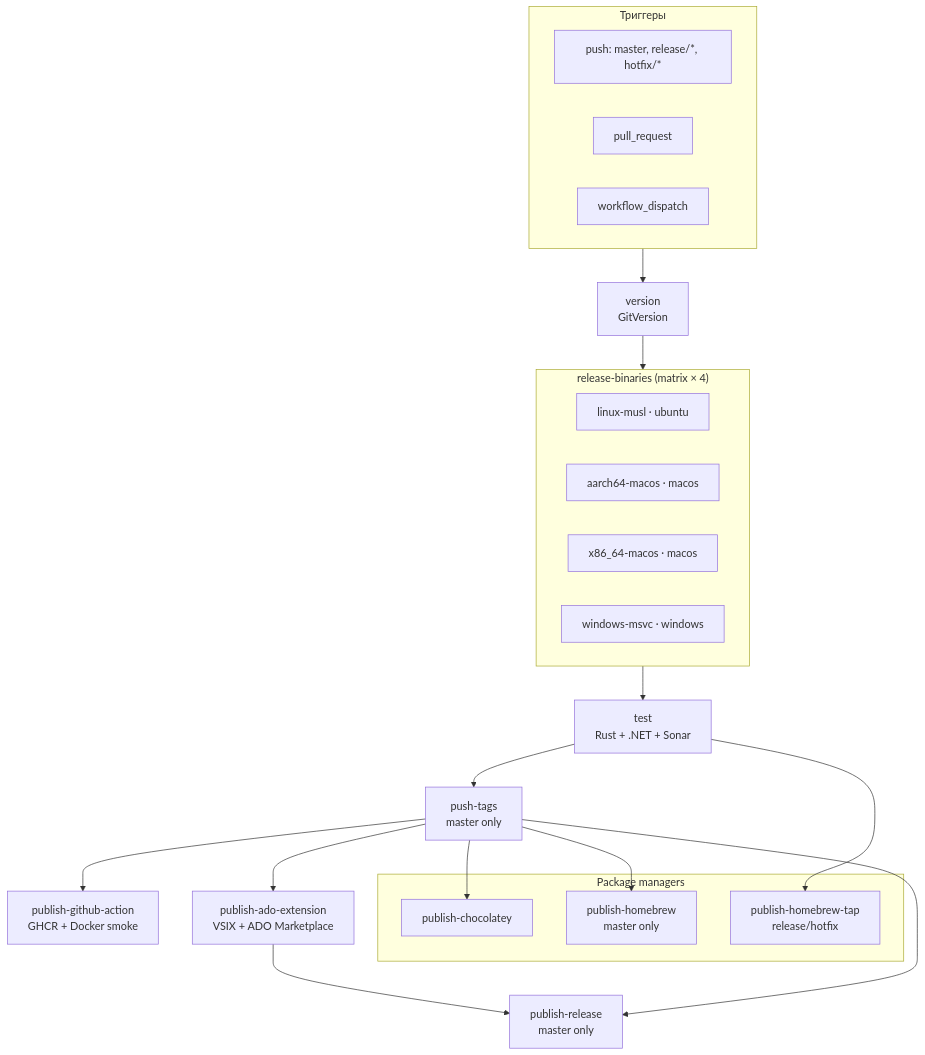
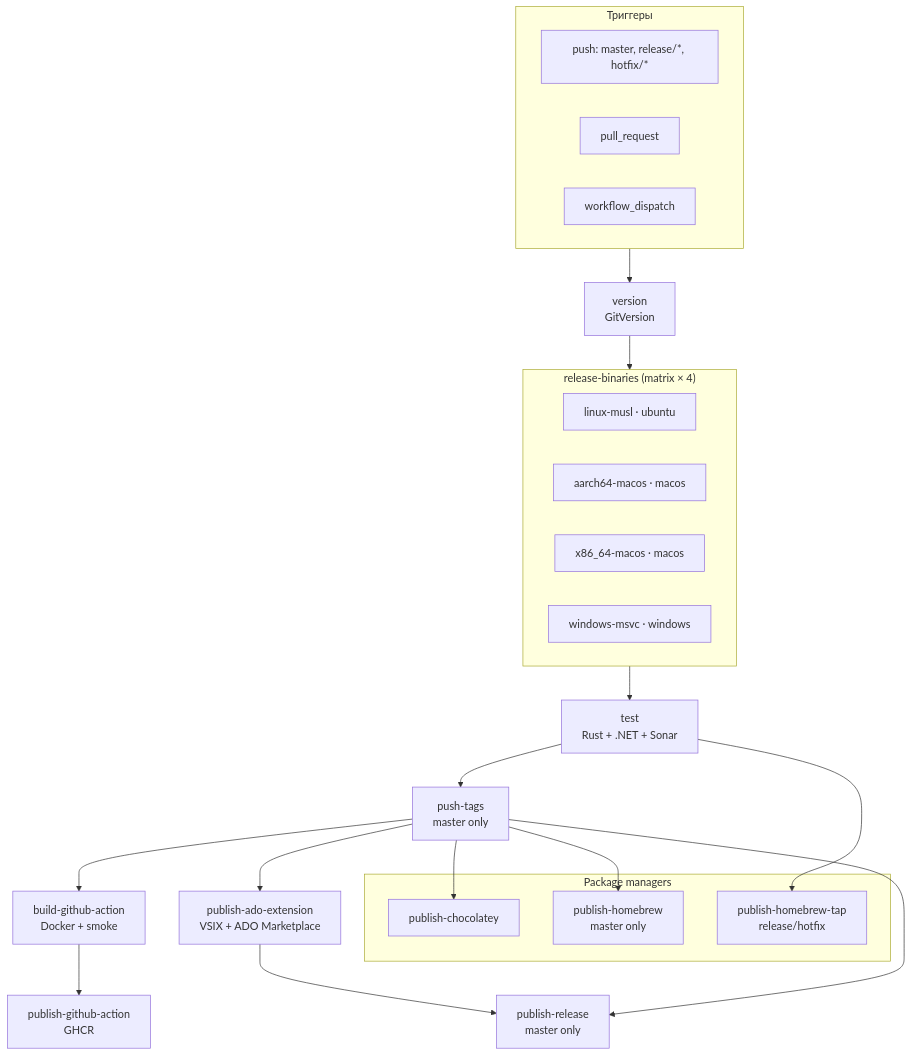
The diagram in docs/ci-cd.md (denis-peshkov/update-nuspec-action), drawn with Mermaid before and after one commit. The commit also changed other lines of this file and 15 other files, not shown here.

````diff
--- a/docs/ci-cd.md
+++ b/docs/ci-cd.md
@@ -11,43 +11,45 @@
 ```mermaid
 flowchart TD
   subgraph triggers["Триггеры"]
     T1["push: master, release/*, hotfix/*"]
     T2["pull_request"]
     T3["workflow_dispatch"]
   end
 
   V["version<br/>GitVersion"]
 
   subgraph matrix["release-binaries (matrix × 4)"]
     M1["linux-musl · ubuntu"]
     M2["aarch64-macos · macos"]
     M3["x86_64-macos · macos"]
     M4["windows-msvc · windows"]
   end
 
   TEST["test<br/>Rust + .NET + Sonar"]
   PT["push-tags<br/>master only"]
 
-  PGA["publish-github-action<br/>GHCR + Docker smoke"]
+  BGA["build-github-action<br/>Docker + smoke"]
+  PGA["publish-github-action<br/>GHCR"]
   PADO["publish-ado-extension<br/>VSIX + ADO Marketplace"]
 
   subgraph pkg["Package managers"]
     CHR["publish-chocolatey"]
     HB["publish-homebrew<br/>master only"]
     HBT["publish-homebrew-tap<br/>release/hotfix"]
   end
 
   REL["publish-release<br/>master only"]
 
   triggers --> V
   V --> matrix
   matrix --> TEST
   TEST --> PT
-  PT --> PGA
+  PT --> BGA
+  BGA --> PGA
   PT --> PADO
   PT --> CHR
   PT --> HB
   TEST --> HBT
   PADO --> REL
   PT --> REL
 ```
````
